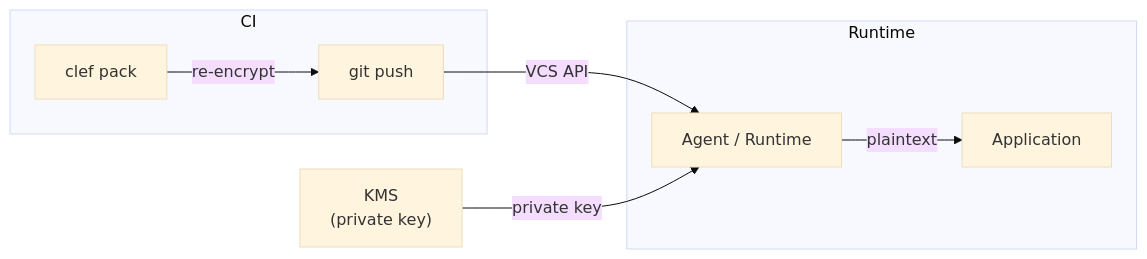
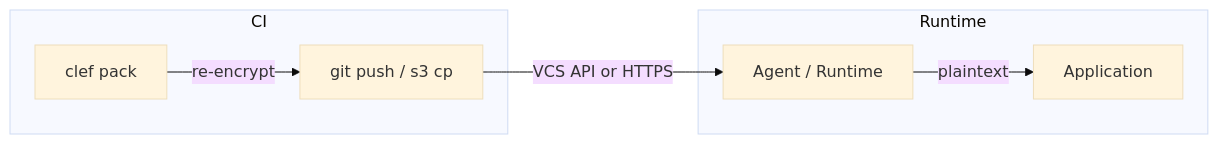
One commit to clef-sh/clef changed the diagram in docs/guide/service-identities.md. Above: the diagram before and after it, drawn with Mermaid (base theme). The commit also changed other lines of this file and 39 other files, not shown here.

````diff
--- a/docs/guide/service-identities.md
+++ b/docs/guide/service-identities.md
@@ -20,17 +20,15 @@
 ```mermaid
 flowchart LR
   subgraph ci["CI"]
     pack["clef pack"]
-    commit["git push"]
+    deliver["git push / s3 cp"]
   end
   subgraph runtime["Runtime"]
     agent["Agent / Runtime"]
     app["Application"]
   end
-  kms["KMS\n(private key)"]
 
-  pack -->|"re-encrypt"| commit
-  commit -->|"VCS API"| agent
+  pack -->|"re-encrypt"| deliver
+  deliver -->|"VCS API or HTTPS"| agent
   agent -->|"plaintext"| app
-  kms -->|"private key"| agent
 ```
````
